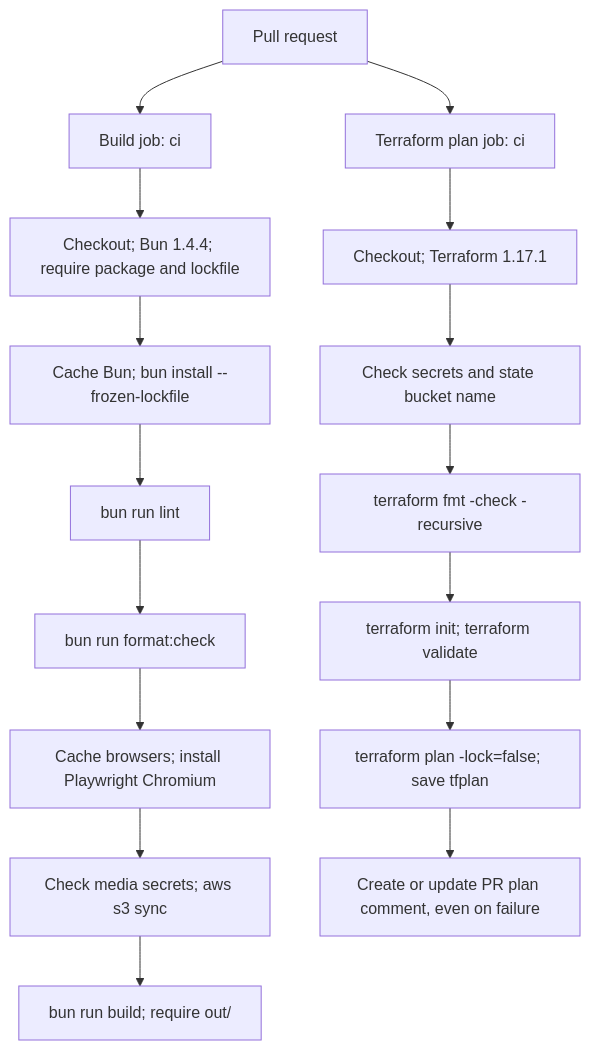
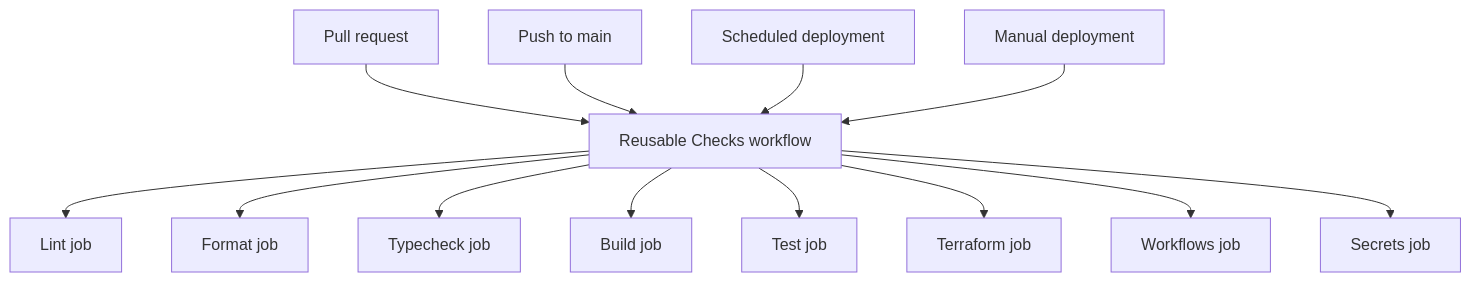
The first of 3 diagrams in docs/ci.md (clzmj/clzmj.dev), drawn with Mermaid before and after one commit. The commit also changed other lines of this file and 9 other files, not shown here.

Commit message:
docs: align CI guides with shared checks and deployment gates

````diff
--- a/docs/ci.md
+++ b/docs/ci.md
@@ -9,17 +9,15 @@
 ```mermaid
 flowchart TD
-  PR["Pull request"] --> B["Build job: ci"]
-  PR --> T["Terraform plan job: ci"]
-  B --> C["Checkout; Bun 1.4.4; require package and lockfile"]
-  C --> I["Cache Bun; bun install --frozen-lockfile"]
-  I --> L["bun run lint"] --> F["bun run format:check"]
-  F --> P["Cache browsers; install Playwright Chromium"]
-  P --> R["Check media secrets; aws s3 sync"]
-  R --> N["bun run build; require out/"]
-  T --> S["Checkout; Terraform 1.17.1"]
-  S --> V["Check secrets and state bucket name"]
-  V --> TF["terraform fmt -check -recursive"]
-  TF --> INIT["terraform init; terraform validate"]
-  INIT --> PLAN["terraform plan -lock=false; save tfplan"]
-  PLAN --> COMMENT["Create or update PR plan comment, even on failure"]
+  PR["Pull request"] --> CHECKS["Reusable Checks workflow"]
+  PUSH["Push to main"] --> CHECKS
+  CRON["Scheduled deployment"] --> CHECKS
+  MANUAL["Manual deployment"] --> CHECKS
+  CHECKS --> LINT["Lint job"]
+  CHECKS --> FORMAT["Format job"]
+  CHECKS --> TYPECHECK["Typecheck job"]
+  CHECKS --> BUILD["Build job"]
+  CHECKS --> TEST["Test job"]
+  CHECKS --> TF["Terraform job"]
+  CHECKS --> WF["Workflows job"]
+  CHECKS --> SECRETS["Secrets job"]
 ```
````
